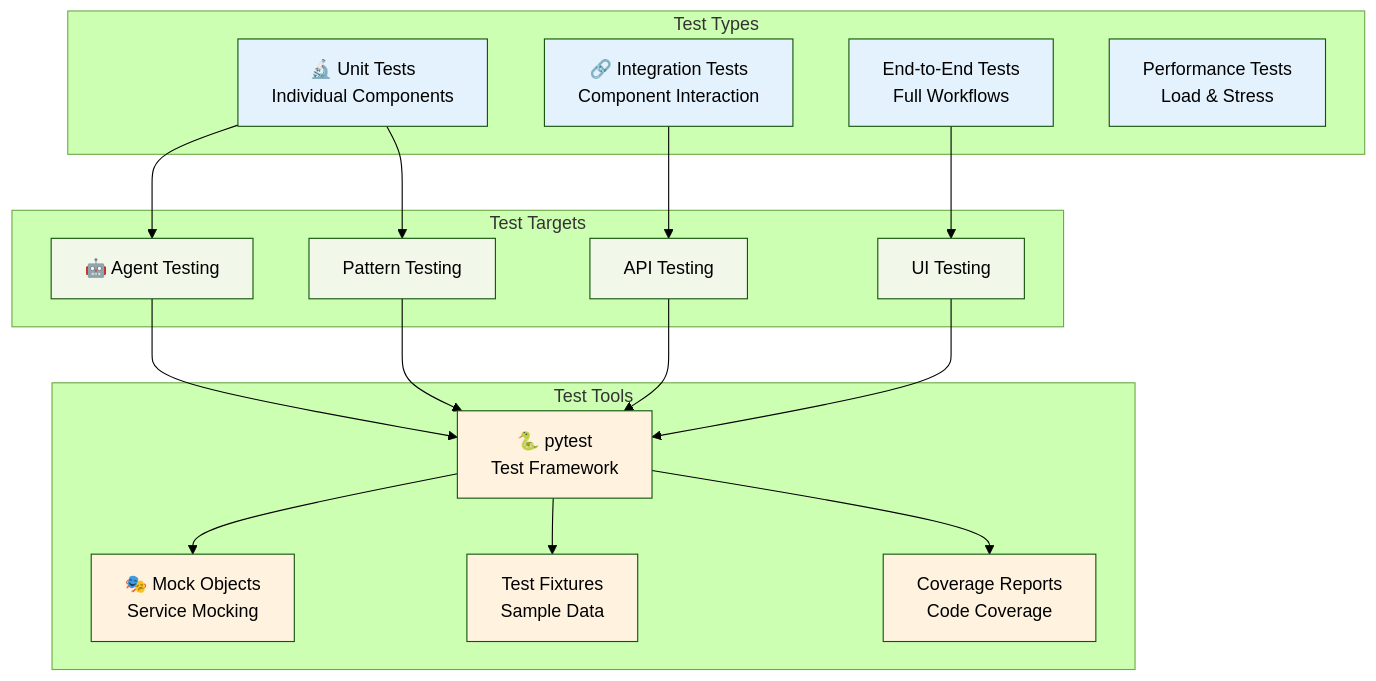
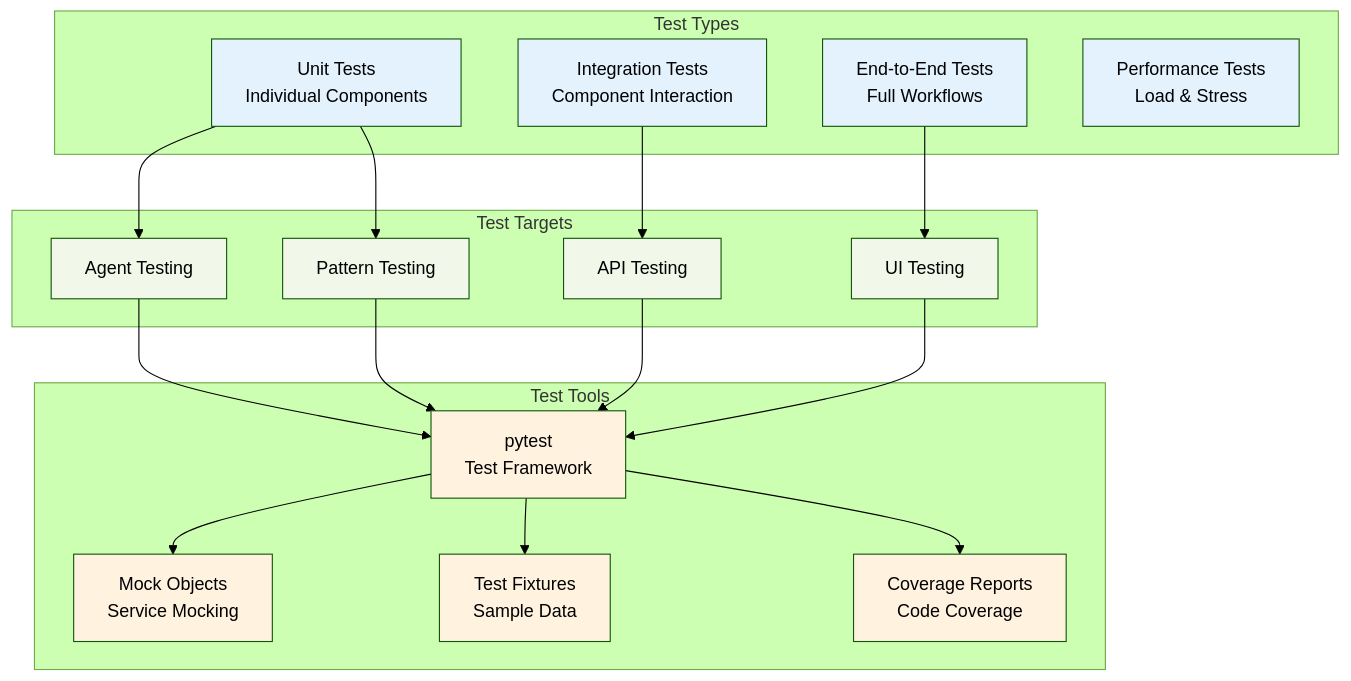
Before and after one commit to the-ingenious-dark-knight/Insight_Ingenious: the seventh of 11 diagrams in docs/development/README.md, drawn with Mermaid (forest theme). The commit also changed other lines of this file and 17 other files, not shown here.

````diff
--- a/docs/development/README.md
+++ b/docs/development/README.md
@@ -502,45 +502,45 @@
 ```mermaid
 graph TB
     subgraph " Test Types"
-        UNIT[🔬 Unit Tests<br/>Individual Components]
-        INTEGRATION[🔗 Integration Tests<br/>Component Interaction]
+        UNIT[Unit Tests<br/>Individual Components]
+        INTEGRATION[Integration Tests<br/>Component Interaction]
         E2E[ End-to-End Tests<br/>Full Workflows]
         PERFORMANCE[ Performance Tests<br/>Load & Stress]
     end
 
     subgraph " Test Targets"
-        AGENTS[🤖 Agent Testing]
+        AGENTS[Agent Testing]
         PATTERNS[ Pattern Testing]
         API[ API Testing]
         UI[ UI Testing]
     end
 
     subgraph " Test Tools"
-        PYTEST[🐍 pytest<br/>Test Framework]
-        MOCK[🎭 Mock Objects<br/>Service Mocking]
+        PYTEST[pytest<br/>Test Framework]
+        MOCK[Mock Objects<br/>Service Mocking]
         FIXTURES[ Test Fixtures<br/>Sample Data]
         COVERAGE[ Coverage Reports<br/>Code Coverage]
     end
 
     UNIT --> AGENTS
     UNIT --> PATTERNS
     INTEGRATION --> API
     E2E --> UI
 
     AGENTS --> PYTEST
     PATTERNS --> PYTEST
     API --> PYTEST
     UI --> PYTEST
 
     PYTEST --> MOCK
     PYTEST --> FIXTURES
     PYTEST --> COVERAGE
 
     classDef tests fill:#e3f2fd
     classDef targets fill:#f1f8e9
     classDef tools fill:#fff3e0
 
     class UNIT,INTEGRATION,E2E,PERFORMANCE tests
     class AGENTS,PATTERNS,API,UI targets
     class PYTEST,MOCK,FIXTURES,COVERAGE tools
 ```
````
